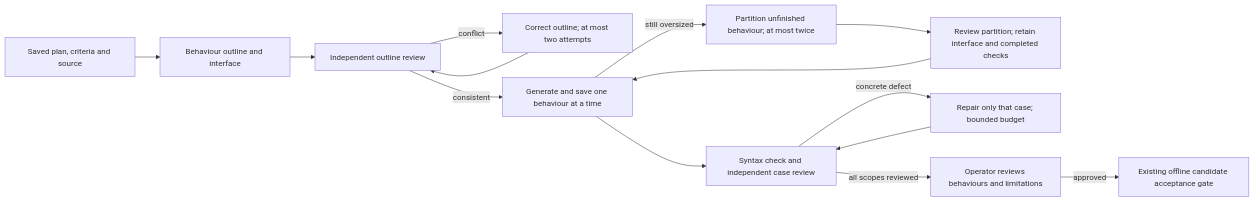
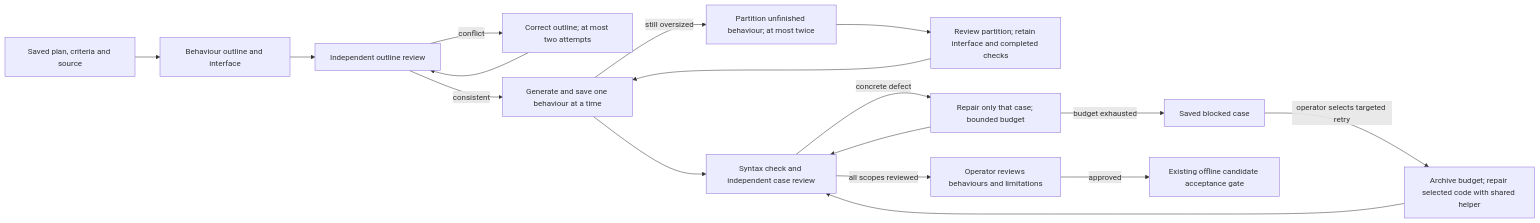
One commit to BleOdel/agent-harness changed the fourth of 14 diagrams in ARCHITECTURE.md. Above: the diagram before and after it, drawn with Mermaid. The commit also changed other lines of this file and 18 other files, not shown here.

Commit message:
Add shared server helper and targeted acceptance-check repair

````diff
--- a/ARCHITECTURE.md
+++ b/ARCHITECTURE.md
@@ -123,16 +123,19 @@
 ```mermaid
 flowchart LR
   P["Saved plan, criteria and source"] --> O["Behaviour outline and interface"]
   O --> R["Independent outline review"]
   R -->|conflict| O2["Correct outline; at most two attempts"]
   O2 --> R
   R -->|consistent| C["Generate and save one behaviour at a time"]
   C -->|still oversized| P2["Partition unfinished behaviour; at most twice"]
   P2 --> R2["Review partition; retain interface and completed checks"]
   R2 --> C
   C --> S["Syntax check and independent case review"]
   S -->|concrete defect| F["Repair only that case; bounded budget"]
   F --> S
+  F -->|budget exhausted| B["Saved blocked case"]
+  B -->|operator selects targeted retry| T["Archive budget; repair selected code with shared helper"]
+  T --> S
   S -->|all scopes reviewed| U["Operator reviews behaviours and limitations"]
   U -->|approved| A["Existing offline candidate acceptance gate"]
 ```
````
